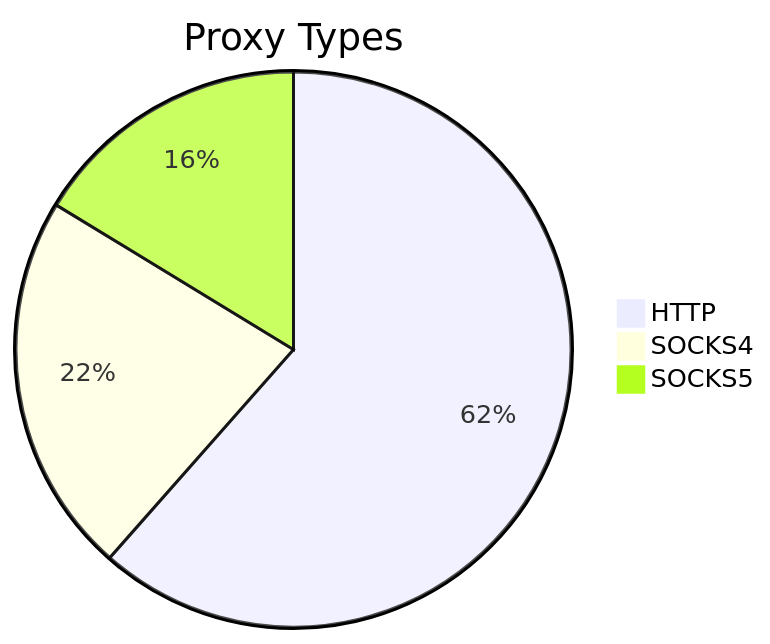
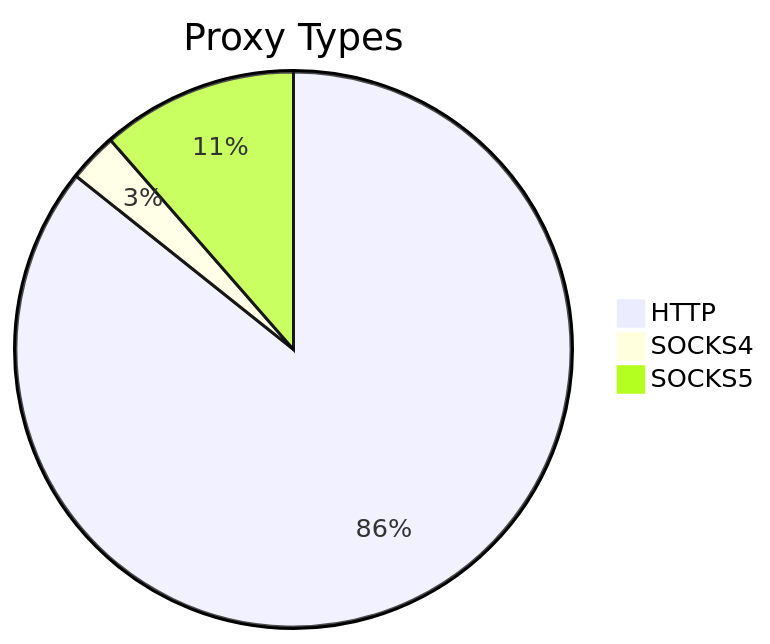
One commit to stormsia/proxy-list changed the first of 2 diagrams in README.md. Above: the diagram before and after it, drawn with Mermaid. The commit also changed other lines of this file, not shown here.

````diff
--- a/README.md
+++ b/README.md
@@ -21,6 +21,6 @@
 ```mermaid
 pie title Proxy Types
-    "HTTP" : 302
-    "SOCKS4" : 109
-    "SOCKS5" : 80
+    "HTTP" : 90
+    "SOCKS4" : 3
+    "SOCKS5" : 12
 ```
````
